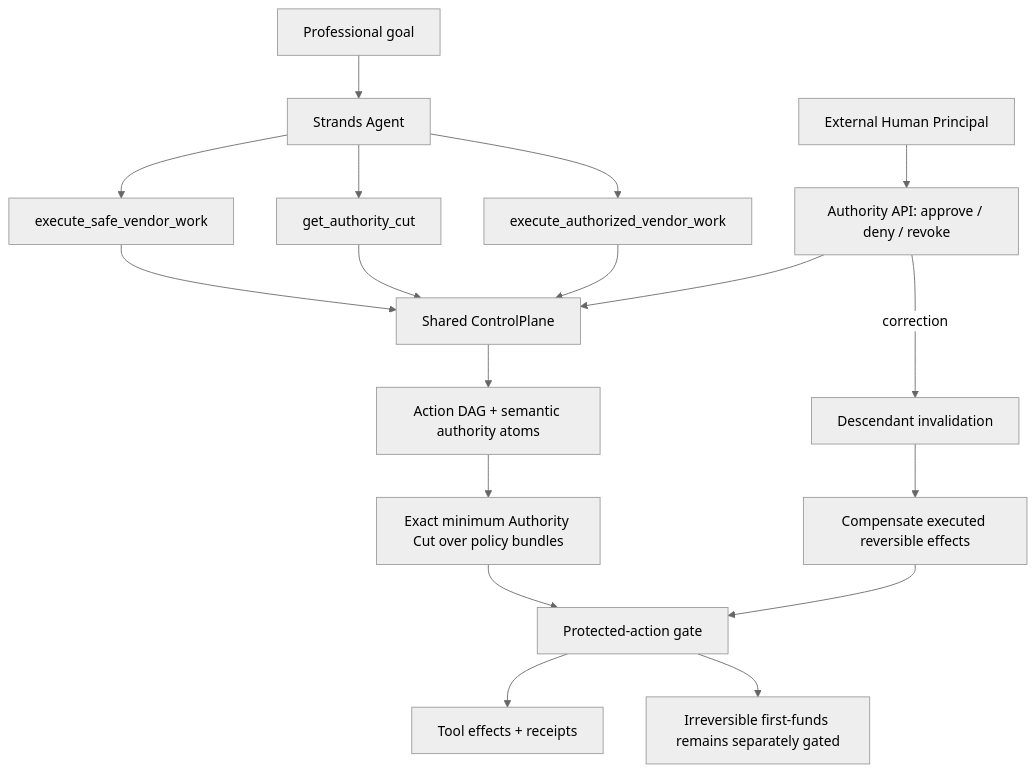
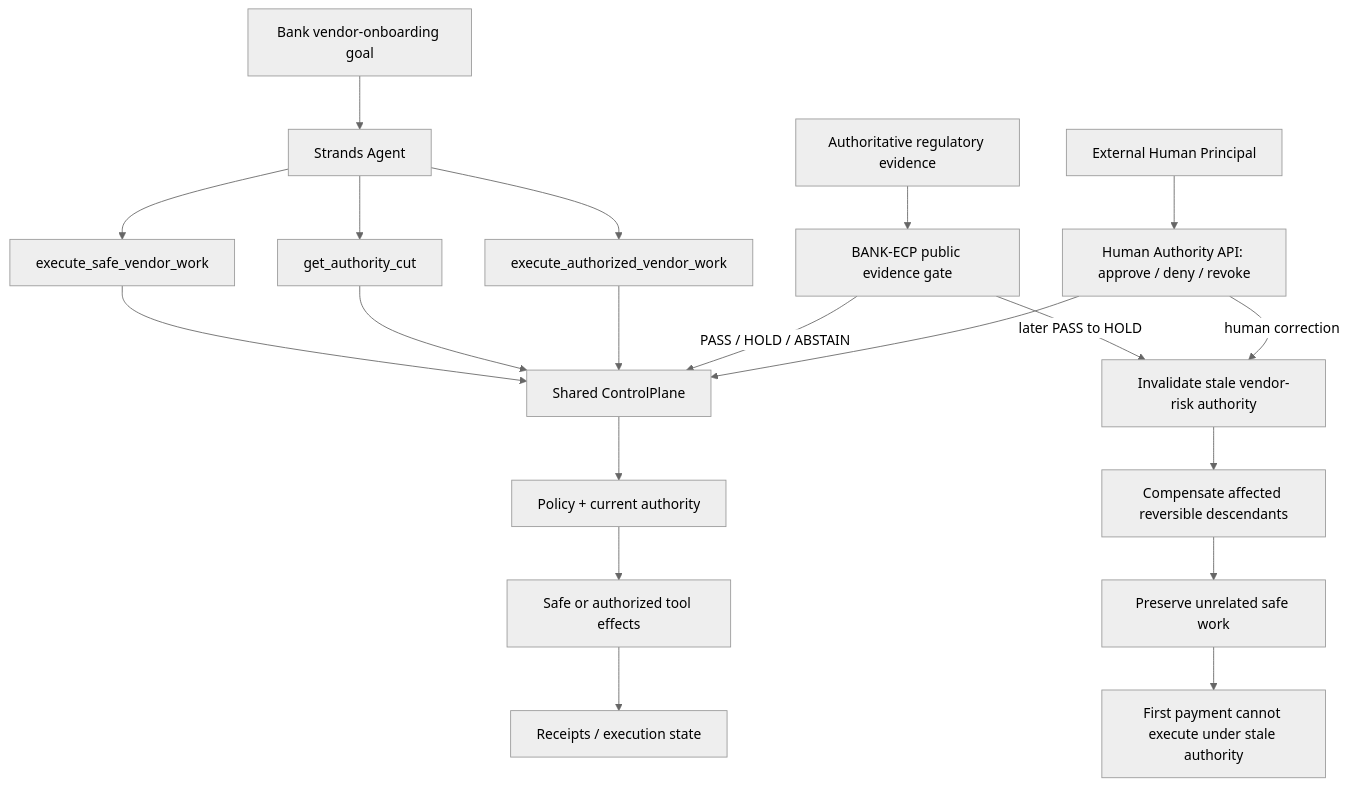
One commit to evidencebound/evidencebound-authority-cut changed the diagram in docs/architecture.mmd. Above: the diagram before and after it, drawn with Mermaid (neutral theme).

Commit message:
docs: render banking evidence-to-authority architecture

```diff
--- a/docs/architecture.mmd
+++ b/docs/architecture.mmd
@@ -1,18 +1,25 @@
 flowchart TD
-    G[Professional goal] --> S[Strands Agent]
+    G[Bank vendor-onboarding goal] --> S[Strands Agent]
     S --> T1[execute_safe_vendor_work]
     S --> T2[get_authority_cut]
     S --> T3[execute_authorized_vendor_work]
     T1 --> C[Shared ControlPlane]
     T2 --> C
     T3 --> C
-    H[External Human Principal] --> API[Authority API: approve / deny / revoke]
+
+    E[Authoritative regulatory evidence] --> B[BANK-ECP public evidence gate]
+    B -->|PASS / HOLD / ABSTAIN| C
+
+    H[External Human Principal] --> API[Human Authority API: approve / deny / revoke]
     API --> C
-    C --> DAG[Action DAG + semantic authority atoms]
-    DAG --> CUT[Exact minimum Authority Cut over policy bundles]
-    CUT --> B[Protected-action gate]
-    B --> X[Tool effects + receipts]
-    API -->|correction| INV[Descendant invalidation]
-    INV --> COMP[Compensate executed reversible effects]
-    COMP --> B
-    B --> IRR[Irreversible first-funds remains separately gated]
+
+    C --> P[Policy + current authority]
+    P --> X[Safe or authorized tool effects]
+    X --> R[Receipts / execution state]
+
+    B -->|later PASS to HOLD| INV[Invalidate stale vendor-risk authority]
+    INV --> COMP[Compensate affected reversible descendants]
+    COMP --> KEEP[Preserve unrelated safe work]
+    KEEP --> IRR[First payment cannot execute under stale authority]
+
+    API -->|human correction| INV
```
